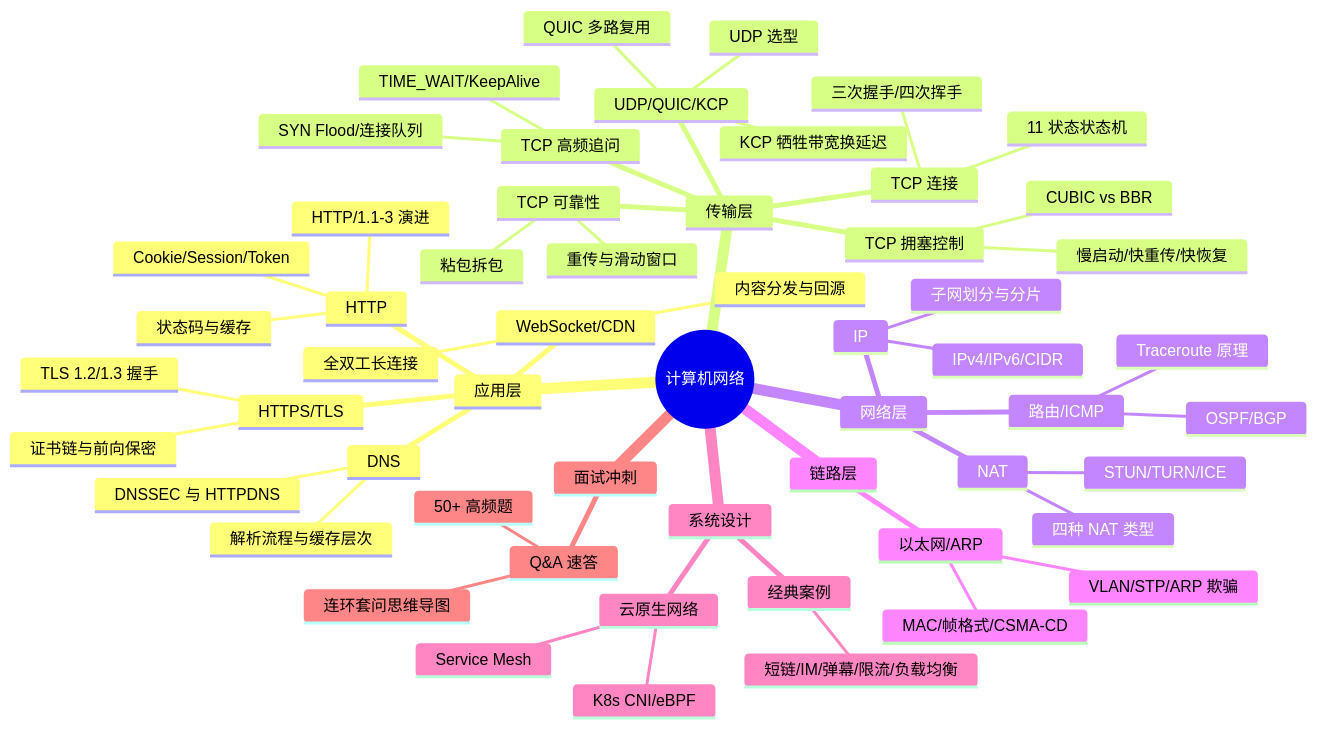
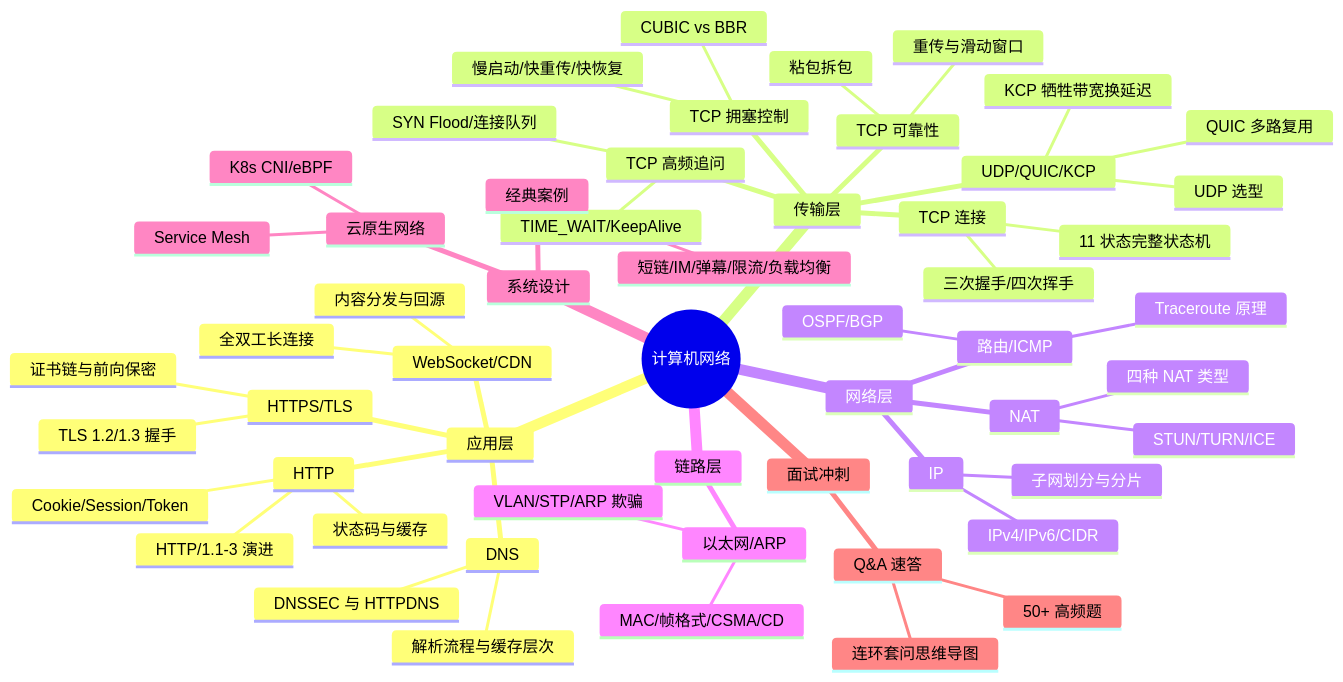
The diagram in ops/network/README.md (yintp/glory), drawn with Mermaid before and after one commit. The commit also changed 2 other files, not shown here.

Commit message:
docs(network): final review fixes (BDE→BDP, Q&A footer, README consistency)

````diff
--- a/ops/network/README.md
+++ b/ops/network/README.md
@@ -15,59 +15,59 @@
 ```mermaid
 mindmap
   root((计算机网络))
     应用层
       HTTP
         HTTP/1.1-3 演进
         状态码与缓存
         Cookie/Session/Token
       HTTPS/TLS
         TLS 1.2/1.3 握手
         证书链与前向保密
       DNS
         解析流程与缓存层次
         DNSSEC 与 HTTPDNS
       WebSocket/CDN
         全双工长连接
         内容分发与回源
     传输层
       TCP 连接
         三次握手/四次挥手
-        11 状态状态机
+        11 状态完整状态机
       TCP 可靠性
         重传与滑动窗口
         粘包拆包
       TCP 拥塞控制
         慢启动/快重传/快恢复
         CUBIC vs BBR
       TCP 高频追问
         TIME_WAIT/KeepAlive
         SYN Flood/连接队列
       UDP/QUIC/KCP
         UDP 选型
         QUIC 多路复用
         KCP 牺牲带宽换延迟
     网络层
       IP
         IPv4/IPv6/CIDR
         子网划分与分片
       NAT
         四种 NAT 类型
         STUN/TURN/ICE
       路由/ICMP
         OSPF/BGP
         Traceroute 原理
     链路层
       以太网/ARP
-        MAC/帧格式/CSMA-CD
+        MAC/帧格式/CSMA/CD
         VLAN/STP/ARP 欺骗
     系统设计
       经典案例
         短链/IM/弹幕/限流/负载均衡
       云原生网络
         Service Mesh
         K8s CNI/eBPF
     面试冲刺
       Q&A 速答
         50+ 高频题
         连环套问思维导图
 ```
````
